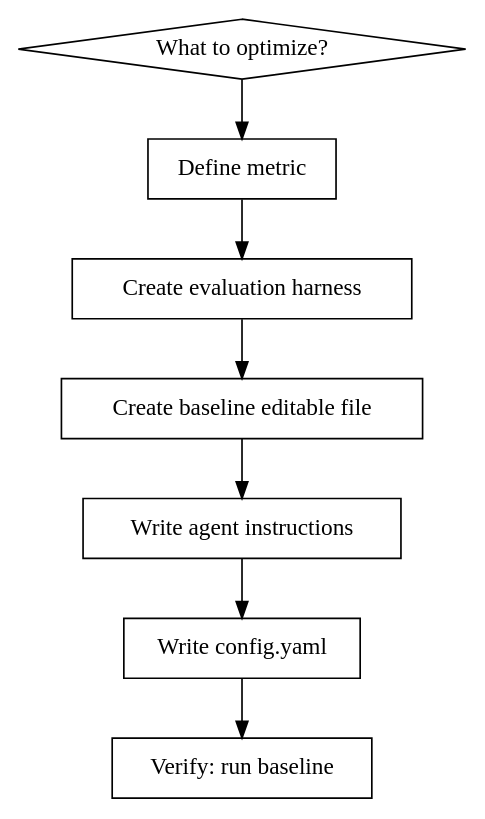
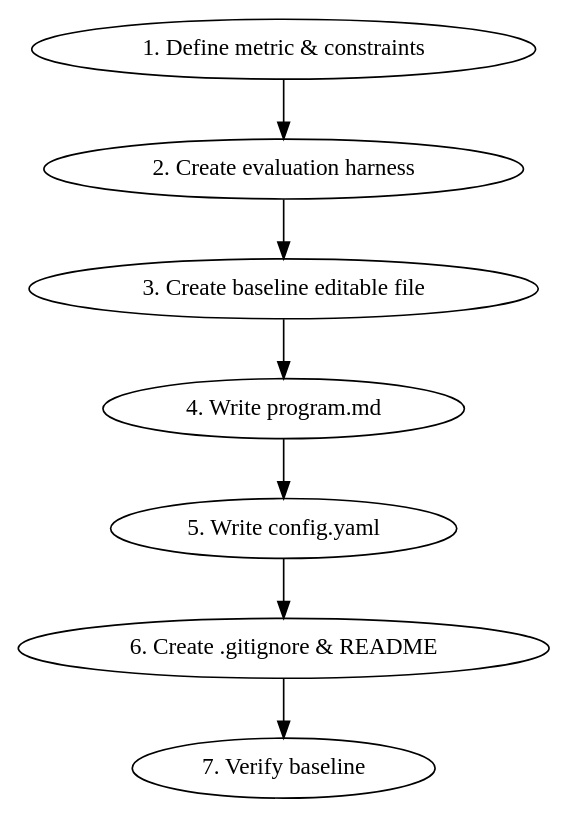
One commit to suzuke/autocrucible changed the diagram in .claude/skills/crucible-setup/SKILL.md. Above: the diagram before and after it, drawn with Graphviz. The commit also changed other lines of this file, not shown here.

````diff
--- a/.claude/skills/crucible-setup/SKILL.md
+++ b/.claude/skills/crucible-setup/SKILL.md
@@ -48,18 +50,11 @@
 ```dot
 digraph setup {
-    "What to optimize?" [shape=diamond];
-    "Define metric" [shape=box];
-    "Create evaluation harness" [shape=box];
-    "Create baseline editable file" [shape=box];
-    "Write agent instructions" [shape=box];
-    "Write config.yaml" [shape=box];
-    "Verify: run baseline" [shape=box];
-
-    "What to optimize?" -> "Define metric";
-    "Define metric" -> "Create evaluation harness";
-    "Create evaluation harness" -> "Create baseline editable file";
-    "Create baseline editable file" -> "Write agent instructions";
-    "Write agent instructions" -> "Write config.yaml";
-    "Write config.yaml" -> "Verify: run baseline";
+    rankdir=TB;
+    "1. Define metric & constraints" -> "2. Create evaluation harness";
+    "2. Create evaluation harness" -> "3. Create baseline editable file";
+    "3. Create baseline editable file" -> "4. Write program.md";
+    "4. Write program.md" -> "5. Write config.yaml";
+    "5. Write config.yaml" -> "6. Create .gitignore & README";
+    "6. Create .gitignore & README" -> "7. Verify baseline";
 }
 ```
````
